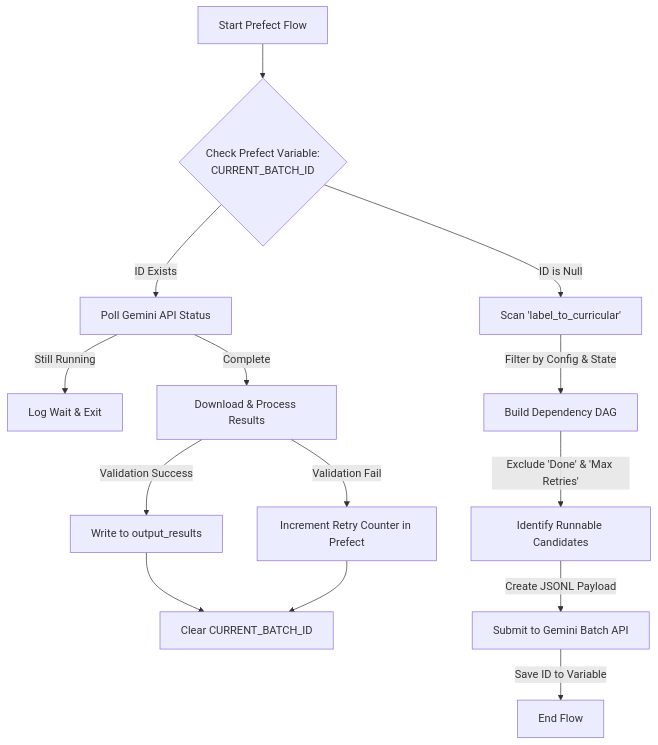
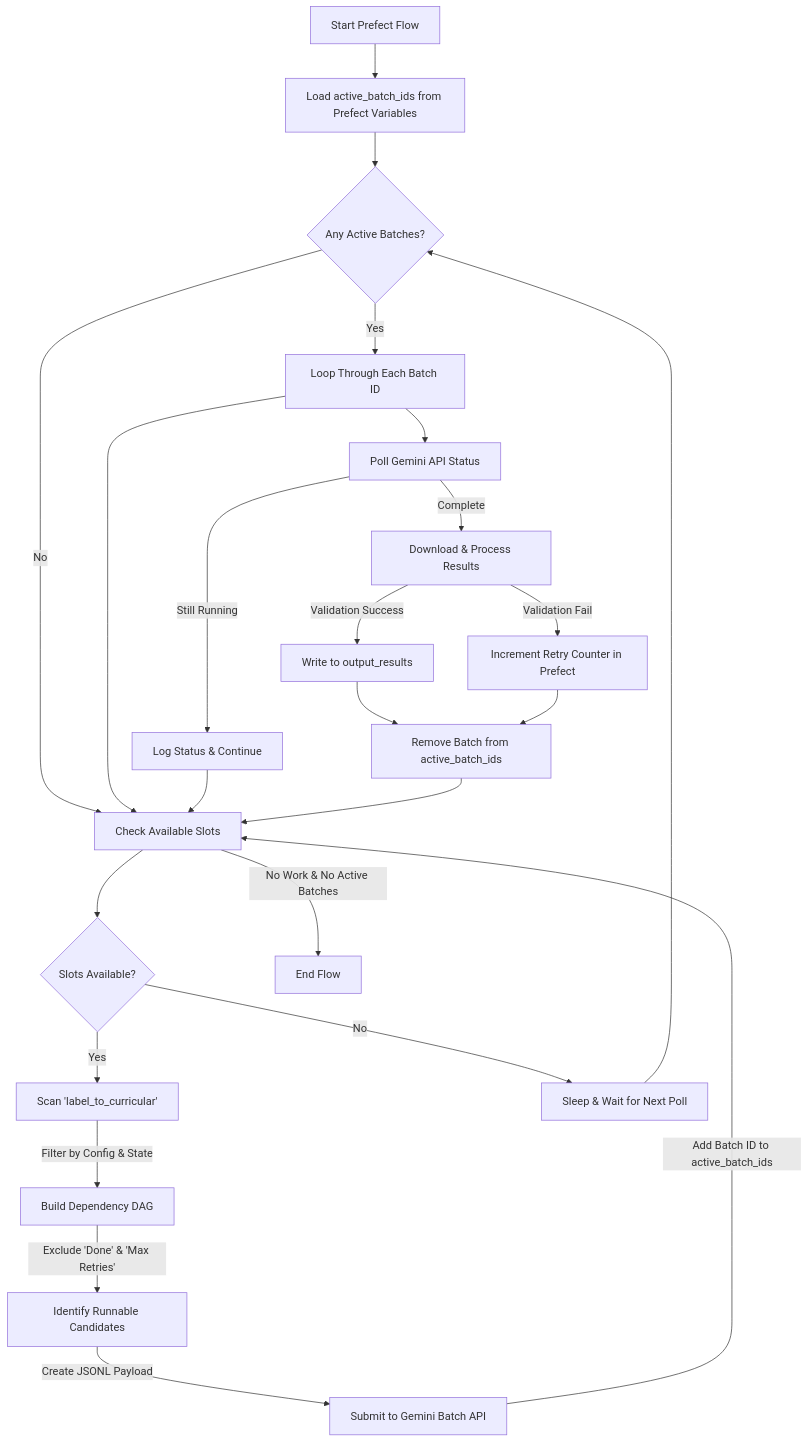
The diagram in design_docs/01_architecture.md (AnsonDev42/gemini-ocr-batch), drawn with Mermaid before and after one commit. The commit also changed other lines of this file and 2 other files, not shown here.

Commit message:
docs(prefect-vars): update outdated var sets

````diff
--- a/design_docs/01_architecture.md
+++ b/design_docs/01_architecture.md
@@ -15,17 +15,31 @@
 ```mermaid
 graph TD
-    A[Start Prefect Flow] --> B{Check Prefect Variable: <br/>CURRENT_BATCH_ID}
+    A[Start Prefect Flow] --> B[Load active_batch_ids from Prefect Variables]
     
-    B -->|ID Exists| C[Poll Gemini API Status]
-    C -->|Still Running| D[Log Wait & Exit]
-    C -->|Complete| E[Download & Process Results]
-    E -->|Validation Success| F[Write to output_results]
-    E -->|Validation Fail| G[Increment Retry Counter in Prefect]
-    F & G --> H[Clear CURRENT_BATCH_ID]
+    B --> C{Any Active Batches?}
     
-    B -->|ID is Null| I[Scan 'label_to_curricular']
-    I -->|Filter by Config & State| J[Build Dependency DAG]
-    J -->|Exclude 'Done' & 'Max Retries'| K[Identify Runnable Candidates]
-    K -->|Create JSONL Payload| L[Submit to Gemini Batch API]
-    L -->|Save ID to Variable| M[End Flow]
+    C -->|Yes| D[Loop Through Each Batch ID]
+    D --> E[Poll Gemini API Status]
+    E -->|Still Running| F[Log Status & Continue]
+    E -->|Complete| G[Download & Process Results]
+    G -->|Validation Success| H[Write to output_results]
+    G -->|Validation Fail| I[Increment Retry Counter in Prefect]
+    H & I --> J[Remove Batch from active_batch_ids]
+    
+    C -->|No| K[Check Available Slots]
+    D --> K
+    F --> K
+    J --> K
+    
+    K --> L{Slots Available?}
+    L -->|Yes| M[Scan 'label_to_curricular']
+    L -->|No| N[Sleep & Wait for Next Poll]
+    N --> C
+    
+    M -->|Filter by Config & State| O[Build Dependency DAG]
+    O -->|Exclude 'Done' & 'Max Retries'| P[Identify Runnable Candidates]
+    P -->|Create JSONL Payload| Q[Submit to Gemini Batch API]
+    Q -->|Add Batch ID to active_batch_ids| K
+    
+    K -->|No Work & No Active Batches| R[End Flow]
 ```
````
